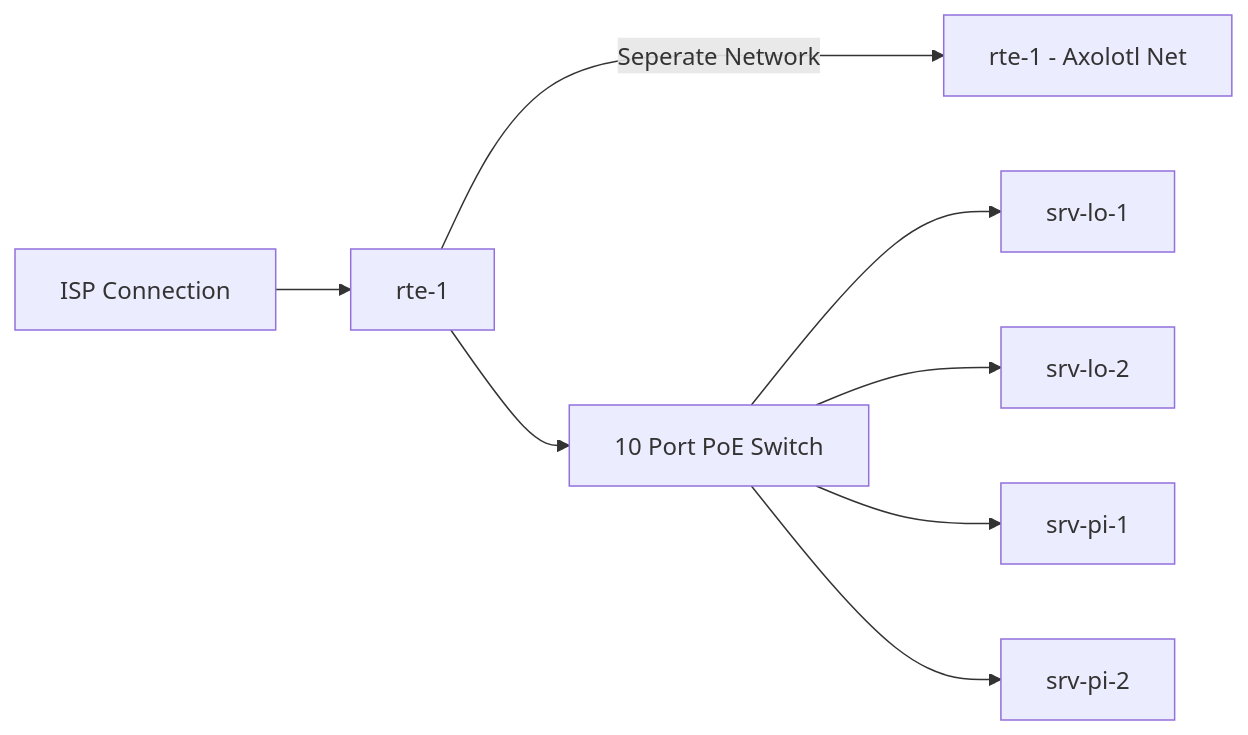
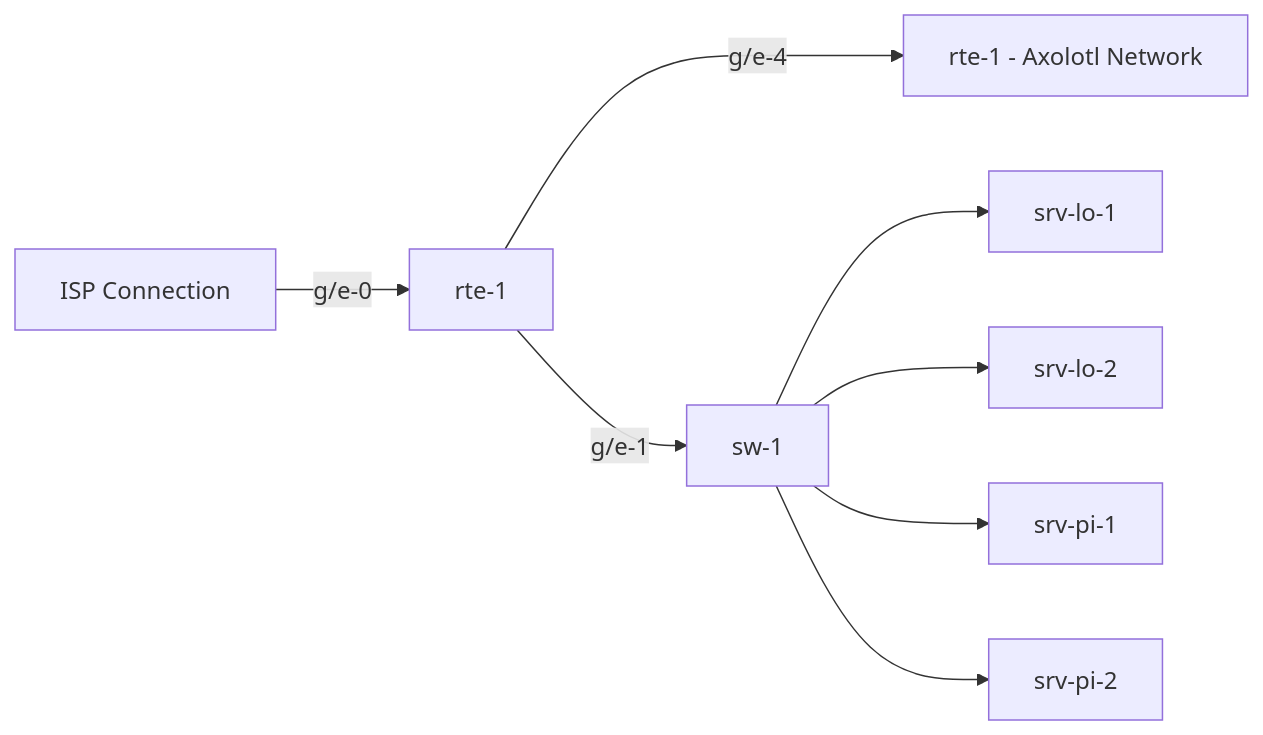
One commit to Axolotl-Labs-GH/Hogwarts-Documentation changed the diagram in docs/network.md. Above: the diagram before and after it, drawn with Mermaid. The commit also changed other lines of this file and 11 other files, not shown here.

````diff
--- a/docs/network.md
+++ b/docs/network.md
@@ -77,10 +77,10 @@
 ``` mermaid
 graph LR
-  A[ISP Connection] --> B[rte-1];
-  B ---> |Seperate Network| C[rte-1 - Axolotl Net];
-  B --> D[10 Port PoE Switch];
+  A[ISP Connection] --> |g/e-0| B[rte-1];
+  B ---> |g/e-4| C[rte-1 - Axolotl Network];
+  B --> |g/e-1| D[sw-1];
   D --> E[srv-lo-1];
   D --> F[srv-lo-2];
   D --> G[srv-pi-1];
   D --> H[srv-pi-2];
 ```
````
